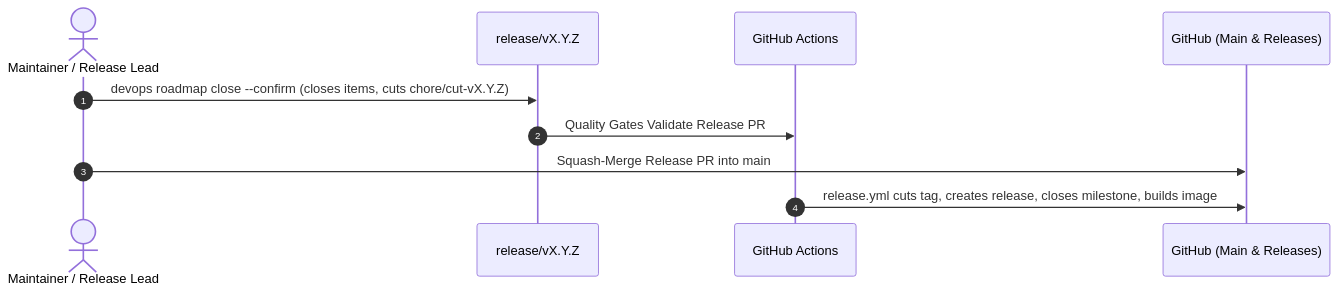
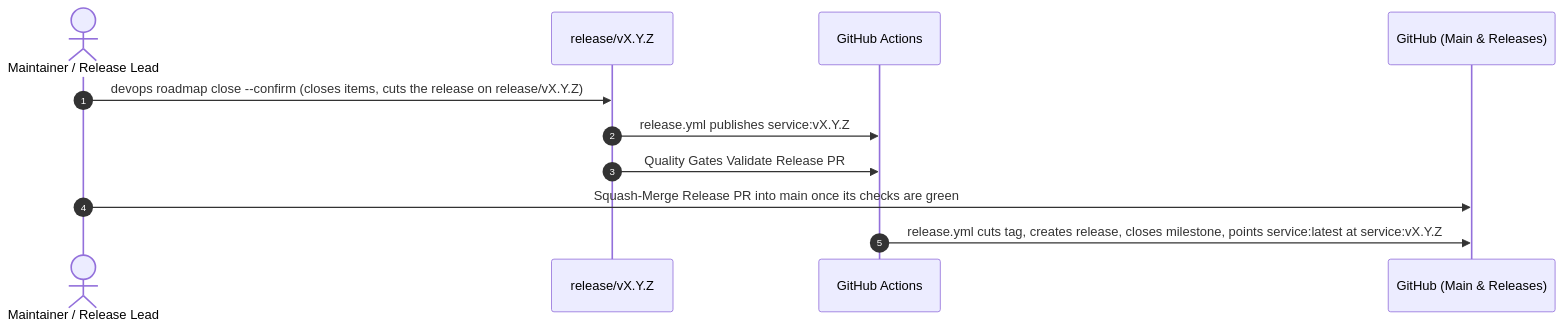
Before and after one commit to dan-petty/devops-cli: the third of 3 diagrams in docs/ROUTINE_TASKS.md, drawn with Mermaid. The commit also changed other lines of this file and 245 other files, not shown here.

````diff
--- a/docs/ROUTINE_TASKS.md
+++ b/docs/ROUTINE_TASKS.md
@@ -247,13 +247,14 @@
 ```mermaid
 sequenceDiagram
     autonumber
     actor Maintainer as Maintainer / Release Lead
     participant Branch as release/vX.Y.Z
     participant CI as GitHub Actions
     participant Hub as GitHub (Main & Releases)
 
-    Maintainer->>Branch: devops roadmap close --confirm (closes items, cuts chore/cut-vX.Y.Z)
+    Maintainer->>Branch: devops roadmap close --confirm (closes items, cuts the release on release/vX.Y.Z)
+    Branch->>CI: release.yml publishes service:vX.Y.Z
     Branch->>CI: Quality Gates Validate Release PR
-    Maintainer->>Hub: Squash-Merge Release PR into main
-    CI->>Hub: release.yml cuts tag, creates release, closes milestone, builds image
+    Maintainer->>Hub: Squash-Merge Release PR into main once its checks are green
+    CI->>Hub: release.yml cuts tag, creates release, closes milestone, points service:latest at service:vX.Y.Z
 ```
````
